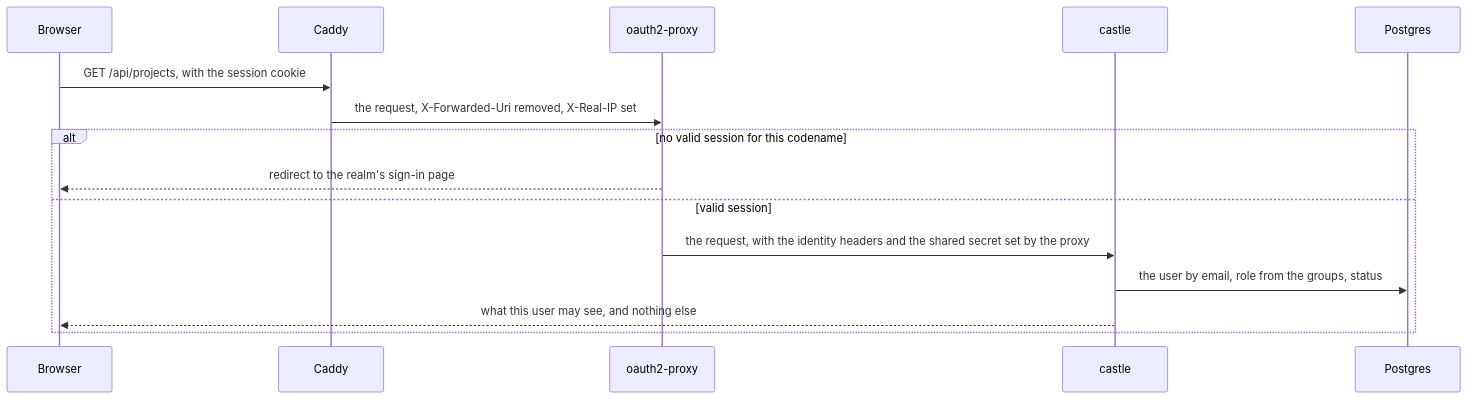
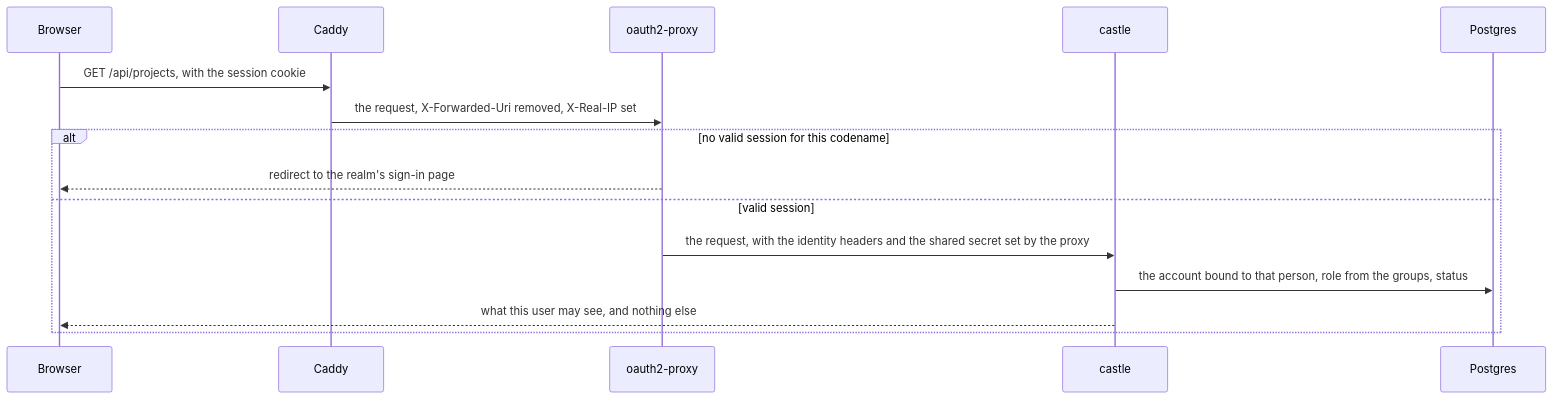
Before and after one commit to Sp0Q1/castle: the second of 3 diagrams in docs/architecture.md, drawn with Mermaid. The commit also changed other lines of this file and 14 other files, not shown here.

First line of the commit message:
An account is bound to a person, and nobody without a role gets one

````diff
--- a/docs/architecture.md
+++ b/docs/architecture.md
@@ -58,17 +58,17 @@
 ```mermaid
 sequenceDiagram
   participant B as Browser
   participant C as Caddy
   participant P as oauth2-proxy
   participant A as castle
   participant D as Postgres
   B->>C: GET /api/projects, with the session cookie
   C->>P: the request, X-Forwarded-Uri removed, X-Real-IP set
   alt no valid session for this codename
     P-->>B: redirect to the realm's sign-in page
   else valid session
     P->>A: the request, with the identity headers and the shared secret set by the proxy
-    A->>D: the user by email, role from the groups, status
+    A->>D: the account bound to that person, role from the groups, status
     A-->>B: what this user may see, and nothing else
   end
 ```
````
